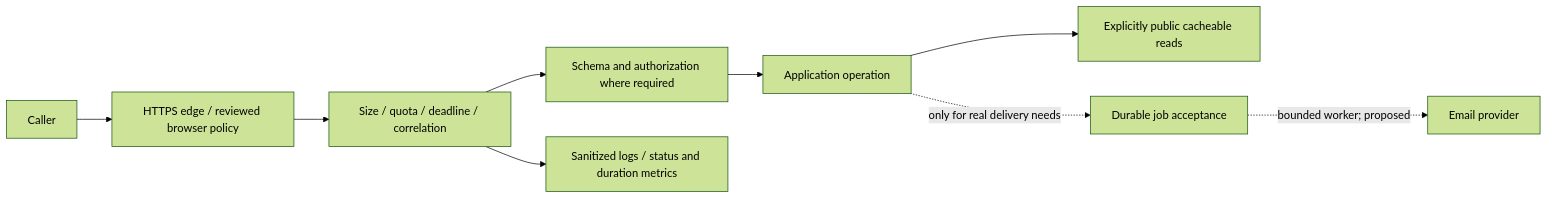
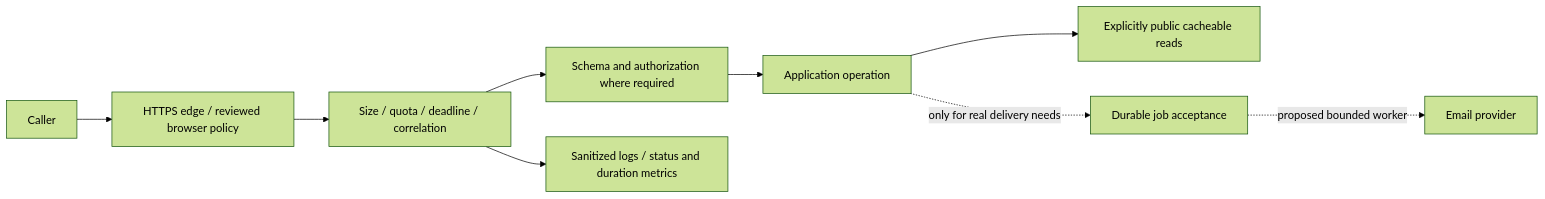
The second of 3 diagrams in docs/ARCHITECTURE.md (shantanu-1607/assignment), drawn with Mermaid (forest theme) before and after one commit. The commit also changed other lines of this file and 8 other files, not shown here.

````diff
--- a/docs/ARCHITECTURE.md
+++ b/docs/ARCHITECTURE.md
@@ -23,11 +23,11 @@
 ```mermaid
 flowchart LR
   Caller --> Edge[HTTPS edge / reviewed browser policy]
   Edge --> Boundary[Size / quota / deadline / correlation]
   Boundary --> Validate[Schema and authorization where required]
   Validate --> Domain[Application operation]
   Domain --> Public[Explicitly public cacheable reads]
   Domain -. only for real delivery needs .-> Queue[Durable job acceptance]
-  Queue -. bounded worker; proposed .-> Email[Email provider]
+  Queue -. proposed bounded worker .-> Email[Email provider]
   Boundary --> Telemetry[Sanitized logs / status and duration metrics]
 ```
````
